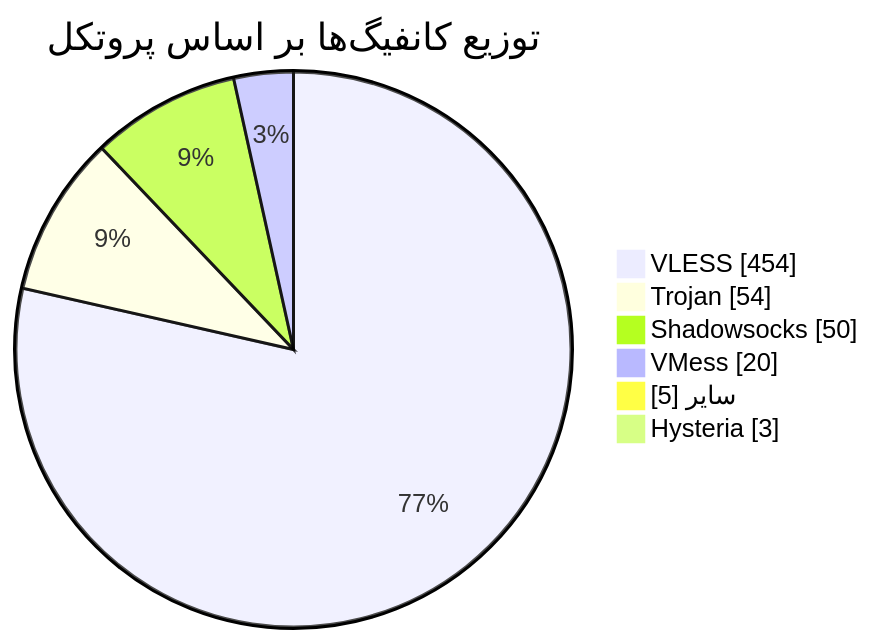
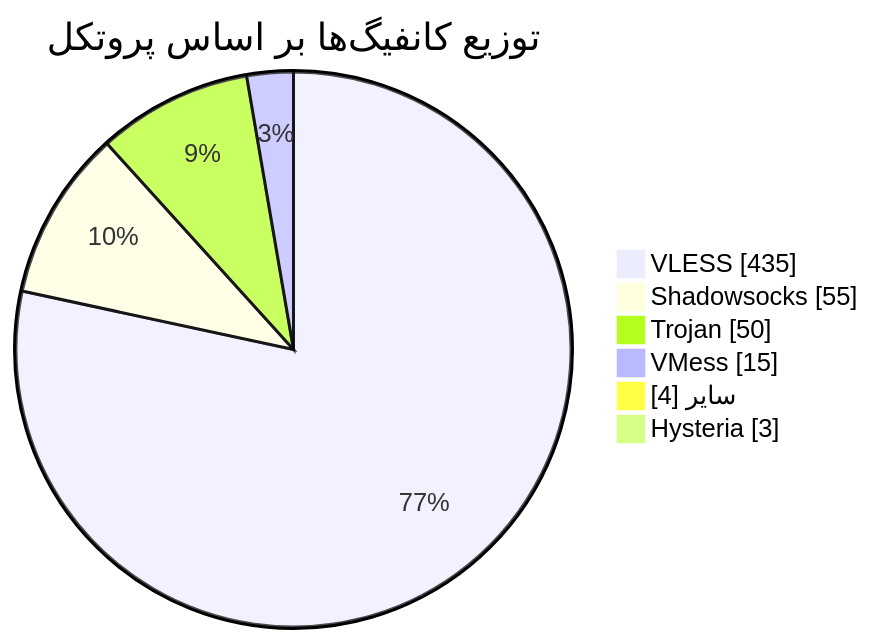
The diagram in README.md (Arian-Alijani/Somthing), drawn with Mermaid before and after one commit. The commit also changed other lines of this file and 17 other files, not shown here.

````diff
--- a/README.md
+++ b/README.md
@@ -48,10 +48,10 @@
 ```mermaid
 pie showData
     title توزیع کانفیگ‌ها بر اساس پروتکل
-    "VLESS" : 454
-    "Trojan" : 54
-    "Shadowsocks" : 50
-    "VMess" : 20
-    "سایر" : 5
+    "VLESS" : 435
+    "Shadowsocks" : 55
+    "Trojan" : 50
+    "VMess" : 15
+    "سایر" : 4
     "Hysteria" : 3
 ```
````
